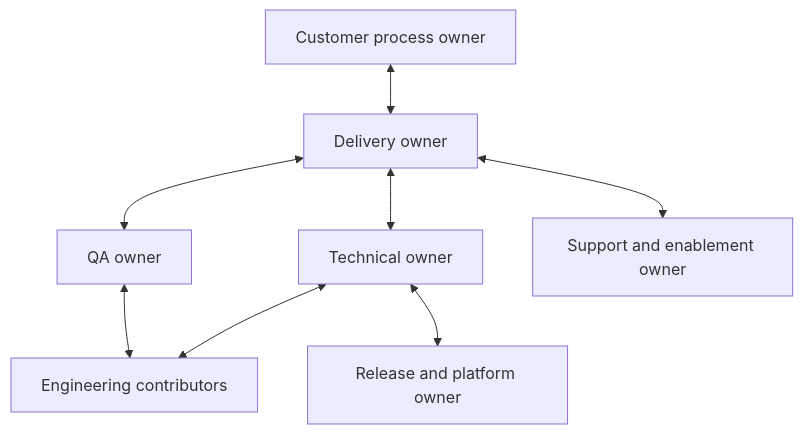
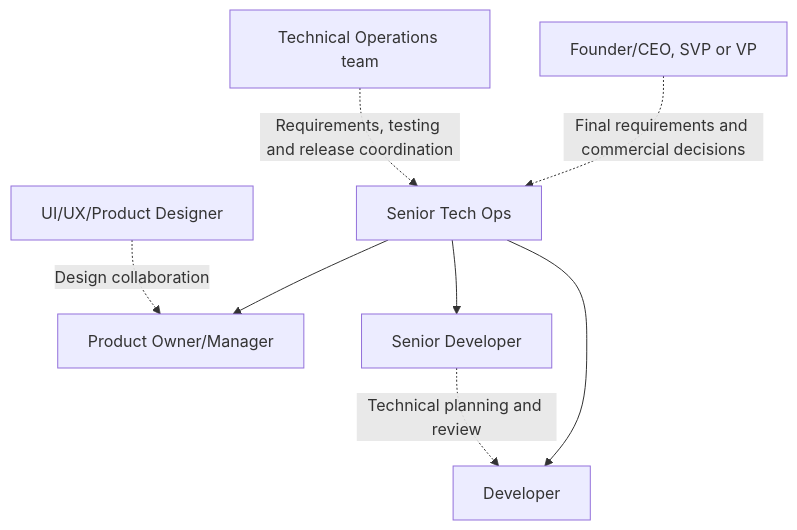
Before and after one commit to NextEdgelabs/nextedge-docs: the diagram in company/organization.mdx, drawn with Mermaid. The commit also changed other lines of this file and 16 other files, not shown here.

````diff
--- a/company/organization.mdx
+++ b/company/organization.mdx
@@ -47,10 +17,10 @@
 ```mermaid
 flowchart TB
-  C["Customer process owner"] <--> D["Delivery owner"]
-  D <--> T["Technical owner"]
-  T <--> B["Engineering contributors"]
-  D <--> Q["QA owner"]
-  Q <--> B
-  D <--> S["Support and enablement owner"]
-  T <--> R["Release and platform owner"]
+  L["Founder/CEO, SVP or VP"] -. Final requirements and commercial decisions .-> S["Senior Tech Ops"]
+  S --> P["Product Owner/Manager"]
+  S --> R["Senior Developer"]
+  S --> D["Developer"]
+  R -. Technical planning and review .-> D
+  T["Technical Operations team"] -. Requirements, testing and release coordination .-> S
+  U["UI/UX/Product Designer"] -. Design collaboration .-> P
 ```
````
